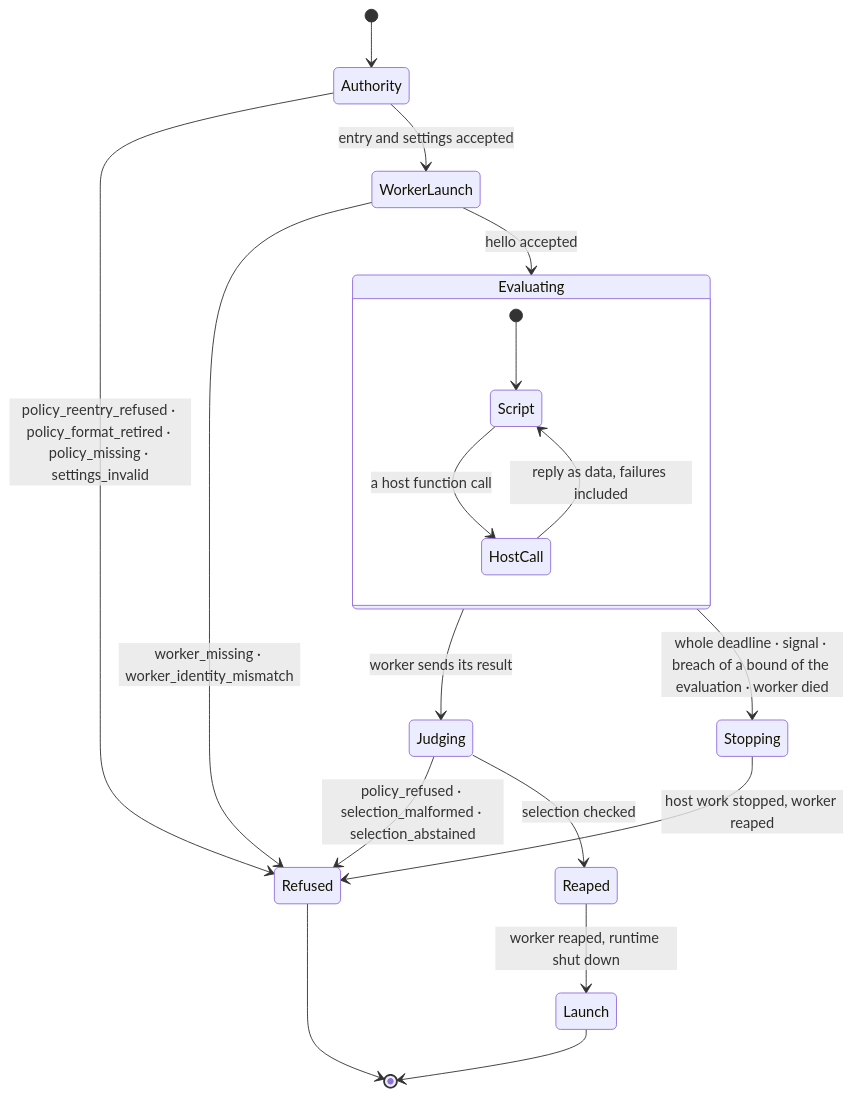
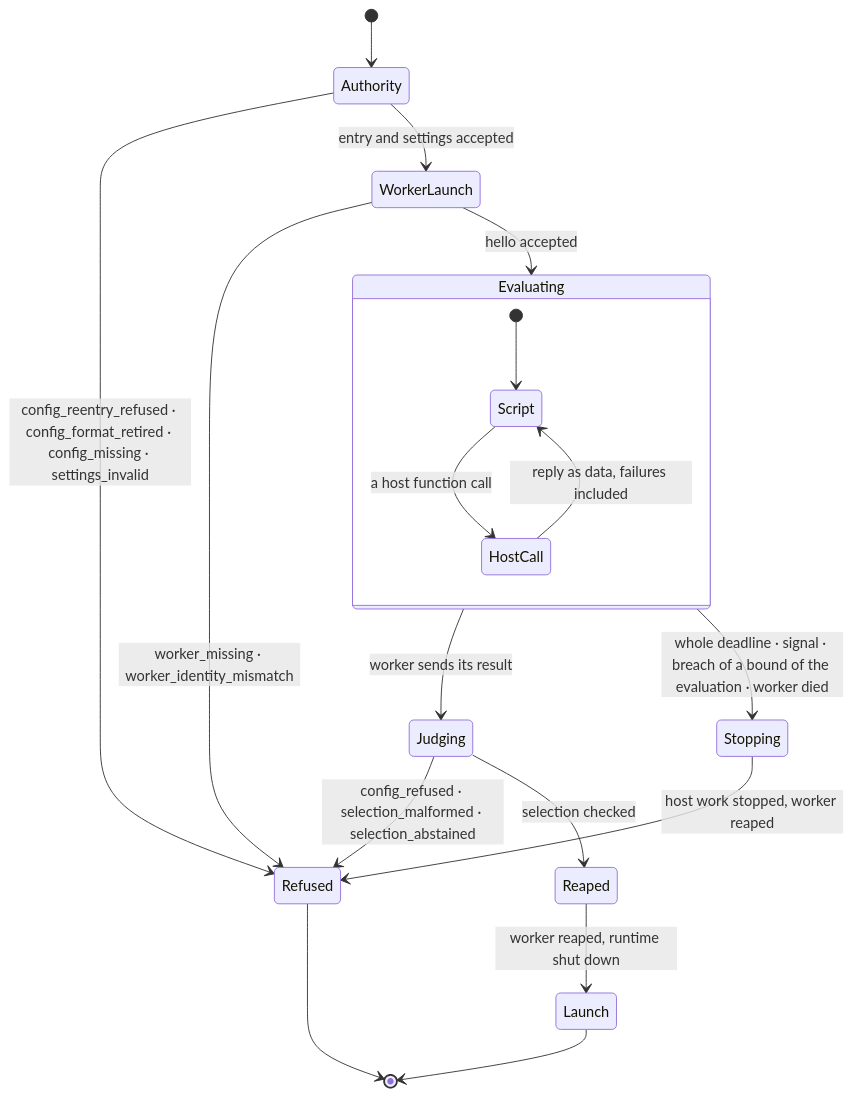
One commit to Linkuistics/Ravel changed the diagram in docs/design/rhai-policy/evaluation-states.mmd. Above: the diagram before and after it, drawn with Mermaid. The commit also changed 62 other files, not shown here.

```diff
--- a/docs/design/rhai-policy/evaluation-states.mmd
+++ b/docs/design/rhai-policy/evaluation-states.mmd
@@ -1,19 +1,19 @@
 stateDiagram-v2
   [*] --> Authority
-  Authority --> Refused: policy_reentry_refused · policy_format_retired · policy_missing · settings_invalid
+  Authority --> Refused: config_reentry_refused · config_format_retired · config_missing · settings_invalid
   Authority --> WorkerLaunch: entry and settings accepted
   WorkerLaunch --> Refused: worker_missing · worker_identity_mismatch
   WorkerLaunch --> Evaluating: hello accepted
   state Evaluating {
     [*] --> Script
     Script --> HostCall: a host function call
     HostCall --> Script: reply as data, failures included
   }
   Evaluating --> Judging: worker sends its result
   Evaluating --> Stopping: whole deadline · signal · breach of a bound of the evaluation · worker died
   Stopping --> Refused: host work stopped, worker reaped
-  Judging --> Refused: policy_refused · selection_malformed · selection_abstained
+  Judging --> Refused: config_refused · selection_malformed · selection_abstained
   Judging --> Reaped: selection checked
   Reaped --> Launch: worker reaped, runtime shut down
   Launch --> [*]
   Refused --> [*]
```
